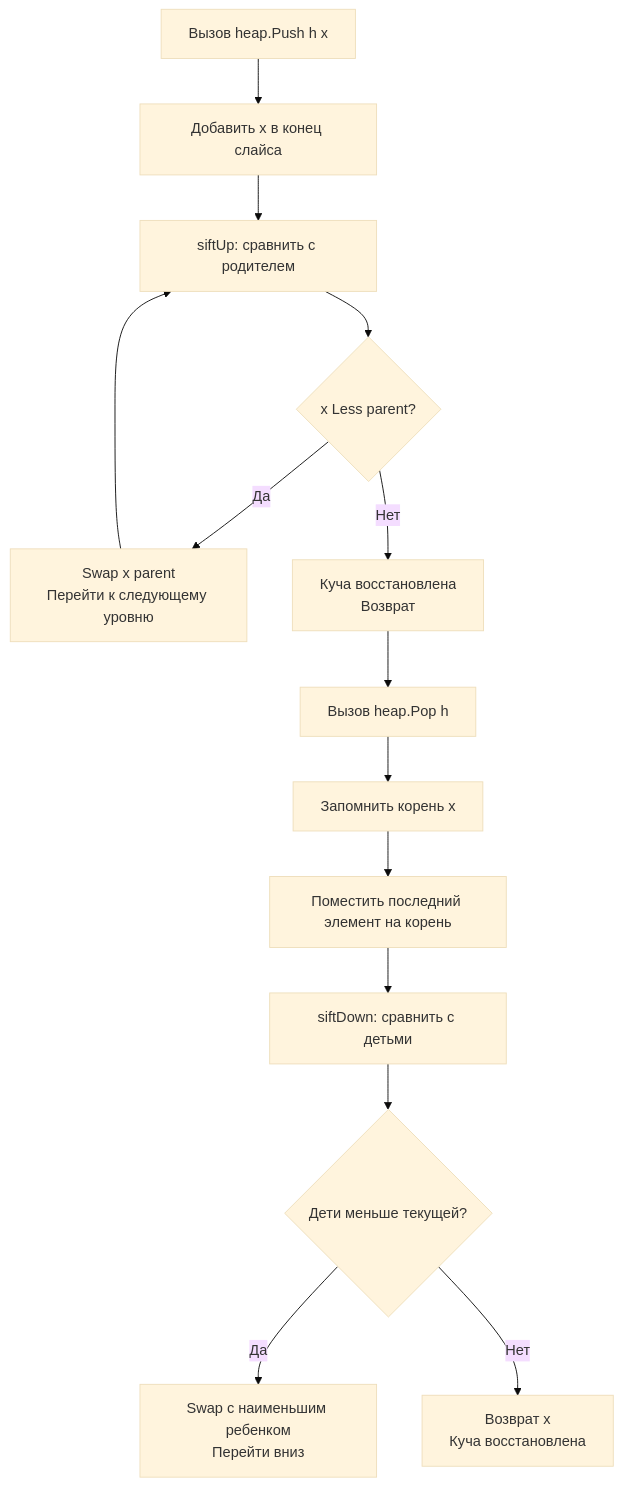
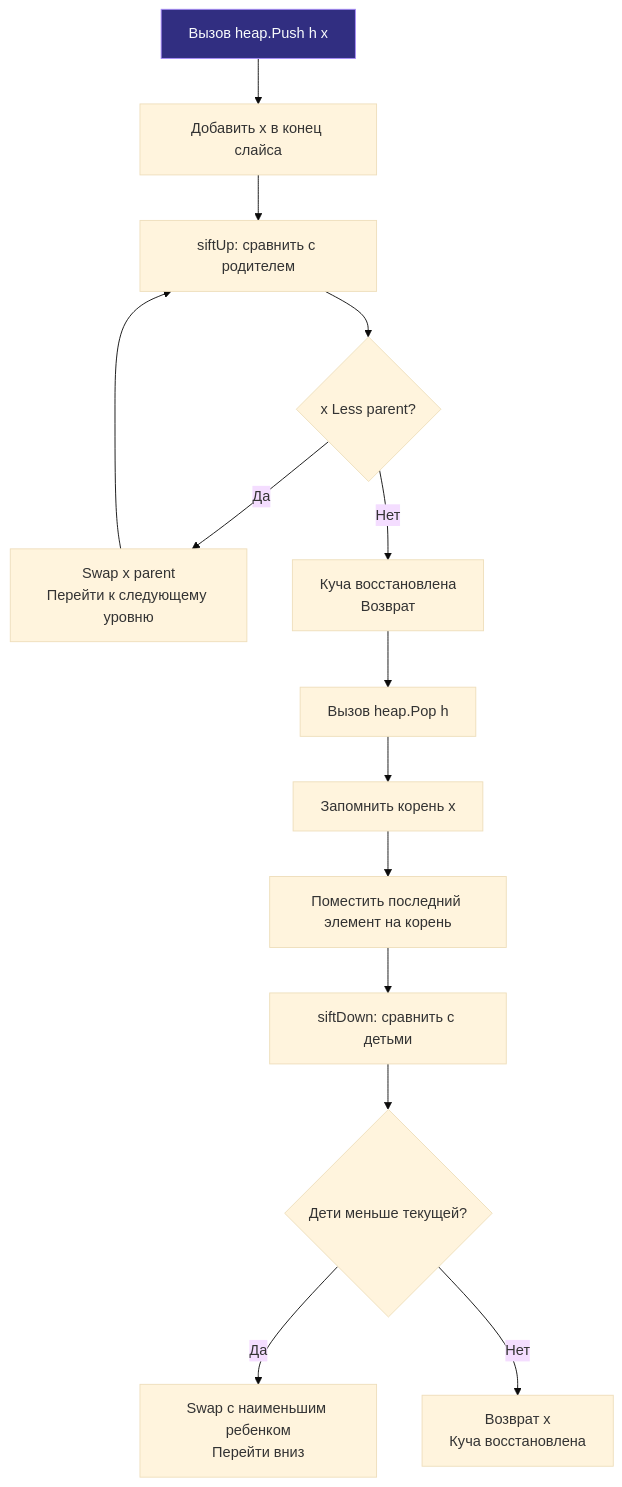
One commit to UnrealTemplier/go-textbook changed the diagram in sources/6. Стандартная библиотека Go/27. container_list, heap, ring и готовые структуры данных.md. Above: the diagram before and after it, drawn with Mermaid (base theme). The commit also changed 1666 other files, not shown here.

First line of the commit message:
feat(mermaid): add semantic color classDef to 1369 colorless flowchart/graph diagrams

````diff
--- a/sources/6. Стандартная библиотека Go/27. container_list, heap, ring и готовые структуры данных.md
+++ b/sources/6. Стандартная библиотека Go/27. container_list, heap, ring и готовые структуры данных.md
@@ -76,16 +76,26 @@
 ```mermaid
 flowchart TD
-    A["Вызов heap.Push h x"] --> B["Добавить x в конец слайса"]
+    classDef process  fill:#1e293b,stroke:#38bdf8,stroke-width:1px,color:#f8fafc
+    classDef success  fill:#064e3b,stroke:#34d399,stroke-width:1px,color:#f8fafc
+    classDef error    fill:#7f1d1d,stroke:#f87171,stroke-width:1px,color:#f8fafc
+    classDef warning  fill:#78350f,stroke:#fbbf24,stroke-width:1px,color:#f8fafc
+    classDef entry    fill:#1e3a5f,stroke:#38bdf8,stroke-width:2px,color:#f8fafc
+    classDef aux      fill:#334155,stroke:#64748b,stroke-width:1px,color:#f8fafc
+    classDef system   fill:#312e81,stroke:#a78bfa,stroke-width:1px,color:#f8fafc
+    classDef data     fill:#132d29,stroke:#2dd4bf,stroke-width:1px,color:#f8fafc
+    classDef network  fill:#881337,stroke:#fb7185,stroke-width:1px,color:#f8fafc
+    classDef accent   fill:#1e1b4b,stroke:#818cf8,stroke-width:1px,color:#f8fafc
+    A["Вызов heap.Push h x"]:::system --> B["Добавить x в конец слайса"]
     B --> C["siftUp: сравнить с родителем"]
     C --> D{"x Less parent?"}
     D -->|Да| E["Swap x parent<br>Перейти к следующему уровню"]
     D -->|Нет| F["Куча восстановлена<br>Возврат"]
     E --> C
     F --> G["Вызов heap.Pop h"]
     G --> H["Запомнить корень x"]
     H --> I["Поместить последний элемент на корень"]
     I --> J["siftDown: сравнить с детьми"]
     J --> K{"Дети меньше текущей?"}
     K -->|Да| L["Swap с наименьшим ребенком<br>Перейти вниз"]
     K -->|Нет| M["Возврат x<br>Куча восстановлена"]
 ```
````
